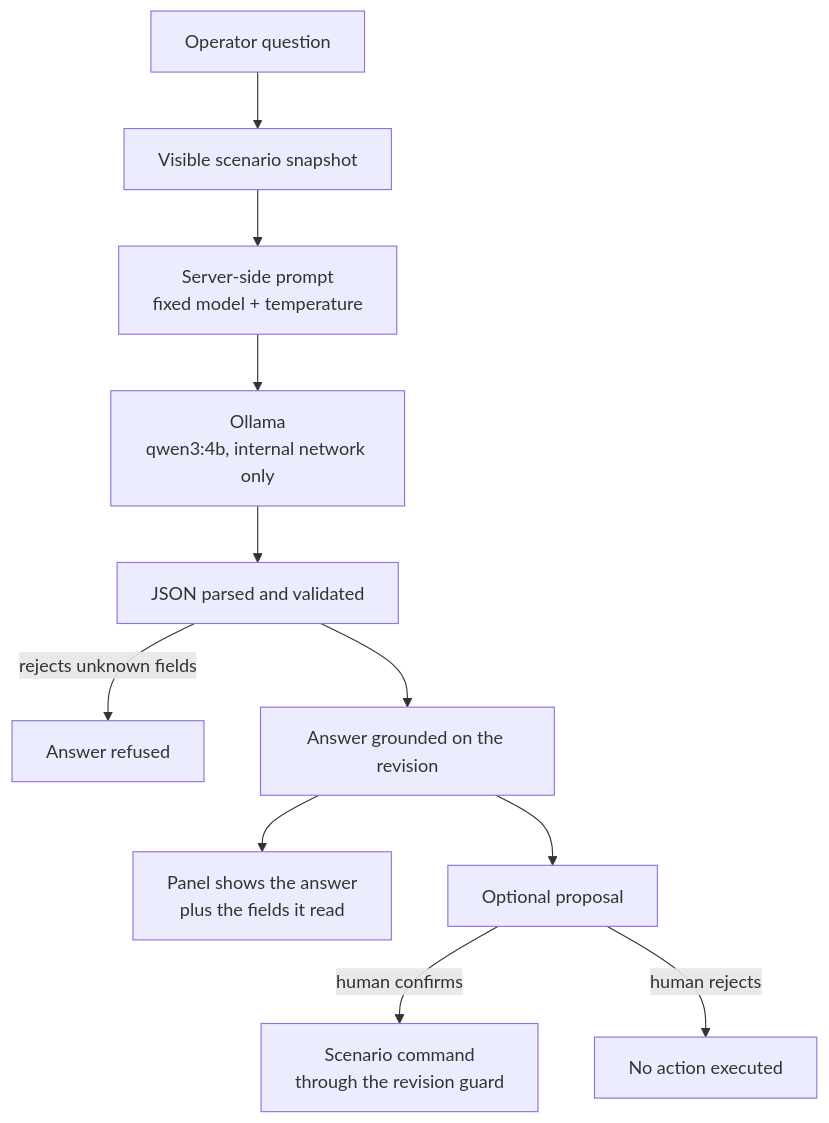
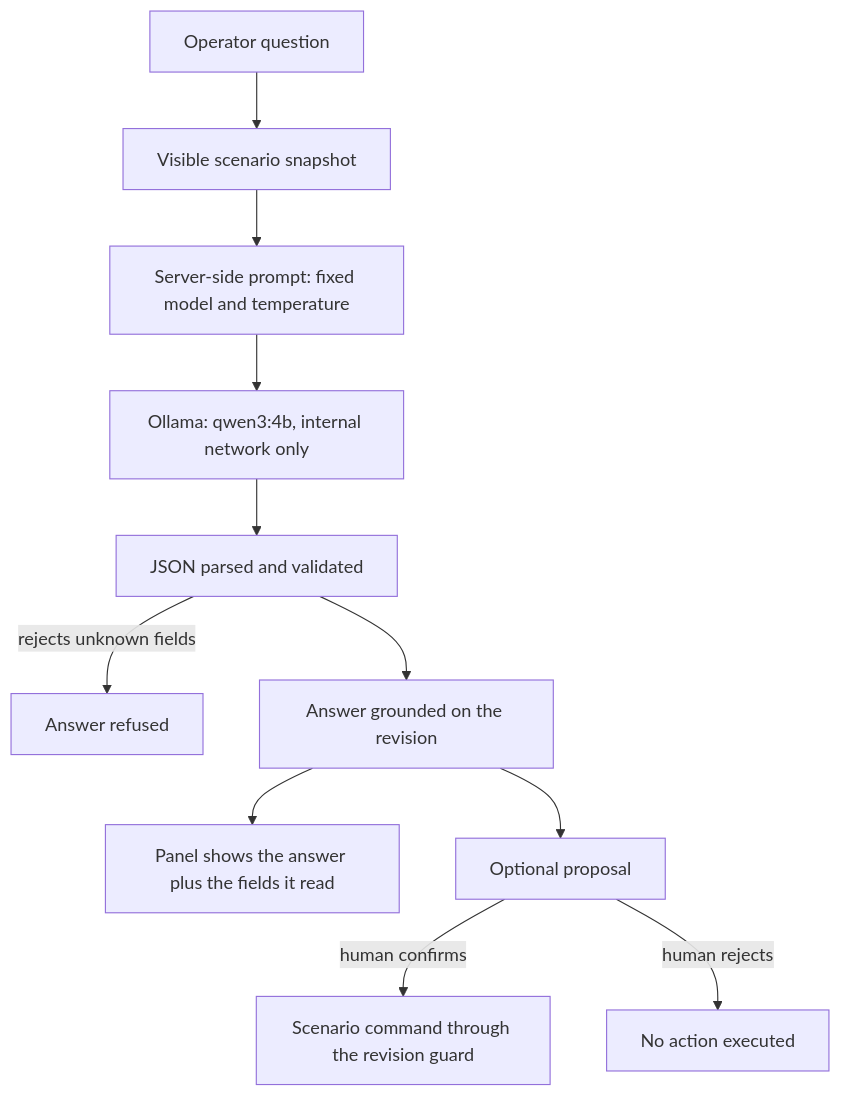
The third of 4 diagrams in README.md (pepoychris/vrp-ai-playground), drawn with Mermaid before and after one commit. The commit also changed other lines of this file and 55 other files, not shown here.

````diff
--- a/README.md
+++ b/README.md
@@ -130,13 +130,13 @@
 ```mermaid
 flowchart TD
-  ask[Operator question] --> snapshot[Visible scenario snapshot]
-  snapshot --> prompt[Server-side prompt<br/>fixed model + temperature]
-  prompt --> model[Ollama<br/>qwen3:4b, internal network only]
-  model --> parse[JSON parsed and validated]
-  parse -->|rejects unknown fields| refused[Answer refused]
-  parse --> grounded[Answer grounded on the revision]
-  grounded --> answer[Panel shows the answer<br/>plus the fields it read]
-  grounded --> proposal[Optional proposal]
-  proposal -->|human confirms| apply[Scenario command<br/>through the revision guard]
-  proposal -->|human rejects| drop[No action executed]
+  ask["Operator question"] --> snapshot["Visible scenario snapshot"]
+  snapshot --> prompt["Server-side prompt: fixed model and temperature"]
+  prompt --> model["Ollama: qwen3:4b, internal network only"]
+  model --> parse["JSON parsed and validated"]
+  parse -->|"rejects unknown fields"| refused["Answer refused"]
+  parse --> grounded["Answer grounded on the revision"]
+  grounded --> answer["Panel shows the answer plus the fields it read"]
+  grounded --> proposal["Optional proposal"]
+  proposal -->|"human confirms"| apply["Scenario command through the revision guard"]
+  proposal -->|"human rejects"| drop["No action executed"]
 ```
````
